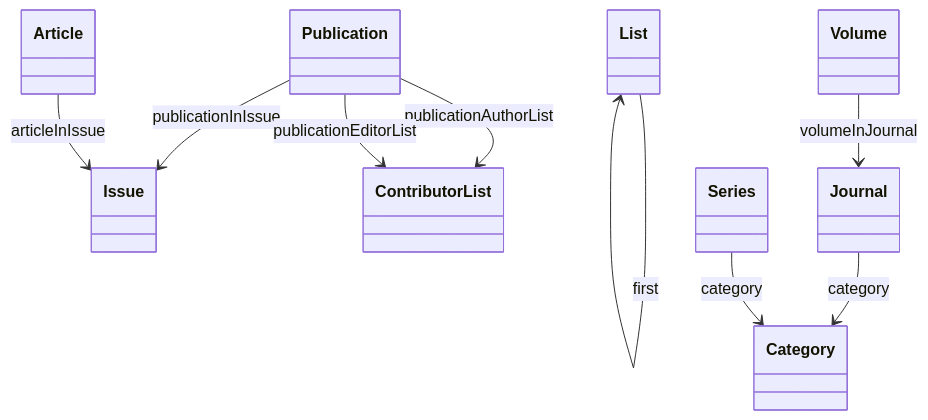
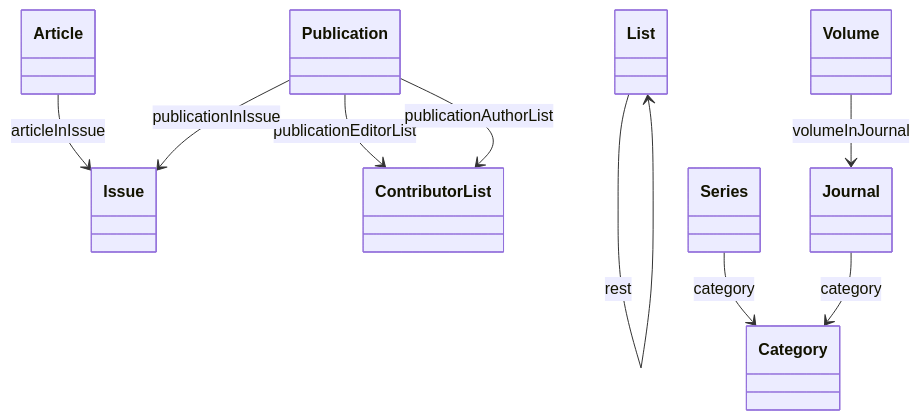
One commit to oeg-upm/Devos changed the diagram in output/ieswc_freq/ld-connect.ttl-freq-5.md. Above: the diagram before and after it, drawn with Mermaid. The commit also changed other lines of this file and 34 other files, not shown here.

````diff
--- a/output/ieswc_freq/ld-connect.ttl-freq-5.md
+++ b/output/ieswc_freq/ld-connect.ttl-freq-5.md
@@ -1,45 +1,45 @@
 ```mermaid
 	classDiagram
 
     
     class Issue {
     
     }
 
     class ContributorList {
     
     }
 
     class List {
     
     }
 
     class Category {
     
     }
 
     class Journal {
     
     }
 
 
 
+Series  --> Category   :category  
+
+Publication  --> ContributorList   :publicationEditorList  
+
+List  --> List   :first  
+
+Volume  --> Journal   :volumeInJournal  
+
 List  --> List   :rest  
+
+Journal  --> Category   :category  
+
+Publication  --> ContributorList   :publicationAuthorList  
+
+Article  --> Issue   :articleInIssue  
 
 Publication  --> Issue   :publicationInIssue  
 
-Publication  --> ContributorList   :publicationAuthorList  
-
-Journal  --> Category   :category  
-
-Series  --> Category   :category  
-
-Volume  --> Journal   :volumeInJournal  
-
-Article  --> Issue   :articleInIssue  
-
-List  --> List   :first  
-
-Publication  --> ContributorList   :publicationEditorList  
-
 ```
````
